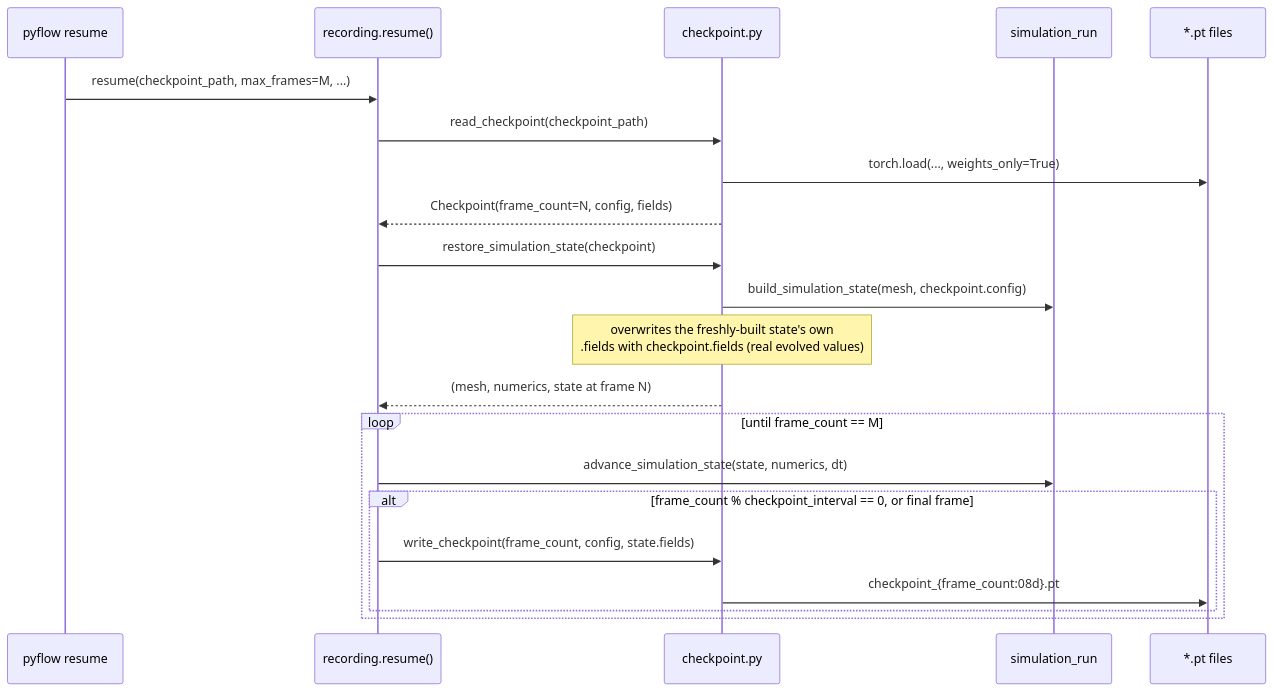
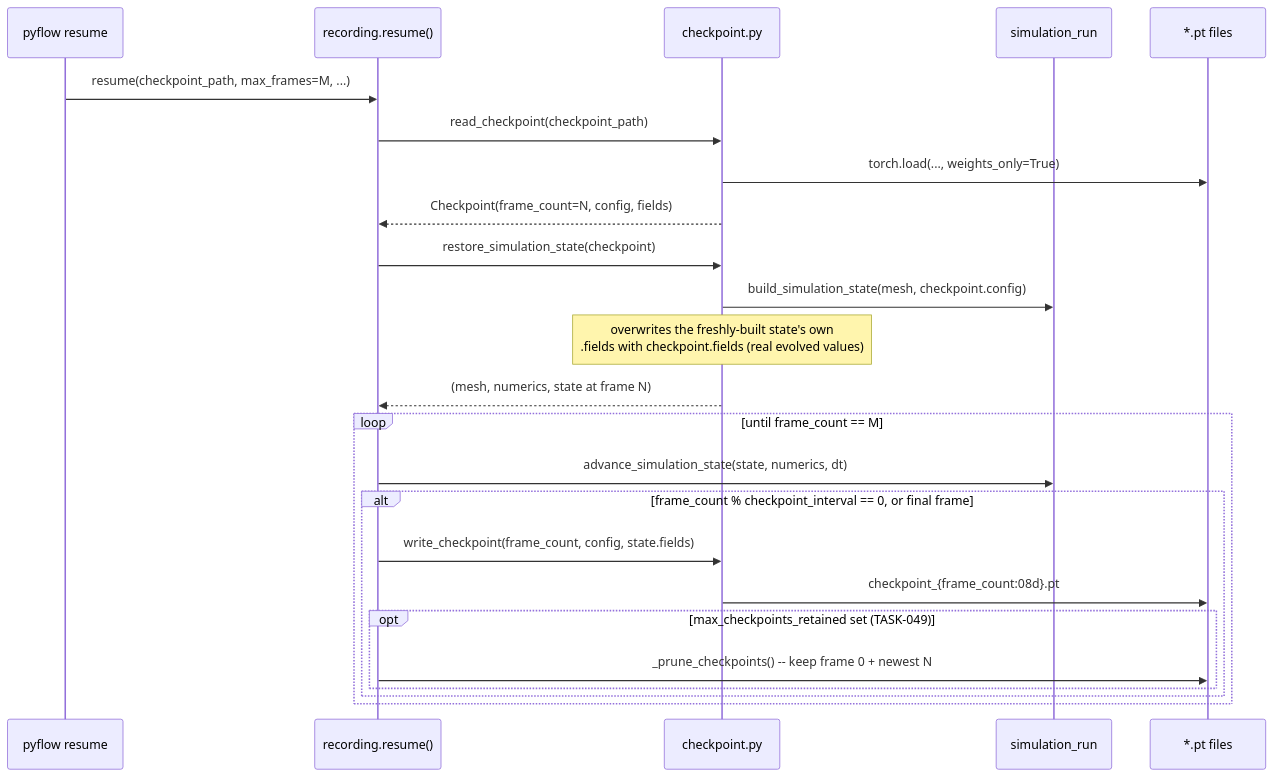
One commit to AdamClemens/PyFlow changed the seventh of 9 diagrams in docs/architecture/sequences.md. Above: the diagram before and after it, drawn with Mermaid. The commit also changed other lines of this file and 13 other files, not shown here.

````diff
--- a/docs/architecture/sequences.md
+++ b/docs/architecture/sequences.md
@@ -425,24 +428,27 @@
 ```mermaid
 sequenceDiagram
     participant CLI as pyflow resume
     participant recording as recording.resume()
     participant checkpoint as checkpoint.py
     participant sim as simulation_run
     participant Disk as *.pt files
 
     CLI->>recording: resume(checkpoint_path, max_frames=M, ...)
     recording->>checkpoint: read_checkpoint(checkpoint_path)
     checkpoint->>Disk: torch.load(..., weights_only=True)
     checkpoint-->>recording: Checkpoint(frame_count=N, config, fields)
     recording->>checkpoint: restore_simulation_state(checkpoint)
     checkpoint->>sim: build_simulation_state(mesh, checkpoint.config)
     Note over checkpoint: overwrites the freshly-built state's own<br/>.fields with checkpoint.fields (real evolved values)
     checkpoint-->>recording: (mesh, numerics, state at frame N)
     loop until frame_count == M
         recording->>sim: advance_simulation_state(state, numerics, dt)
         alt frame_count % checkpoint_interval == 0, or final frame
             recording->>checkpoint: write_checkpoint(frame_count, config, state.fields)
             checkpoint->>Disk: checkpoint_{frame_count:08d}.pt
+            opt max_checkpoints_retained set (TASK-049)
+                recording->>Disk: _prune_checkpoints() -- keep frame 0 + newest N
+            end
         end
     end
 ```
````
